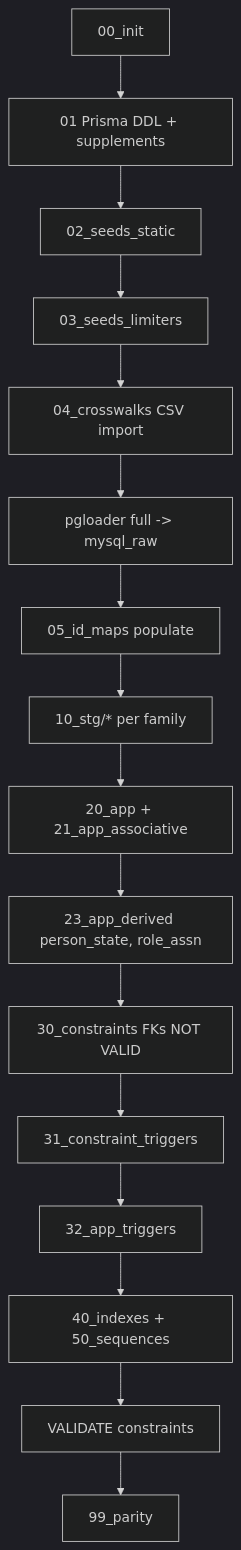
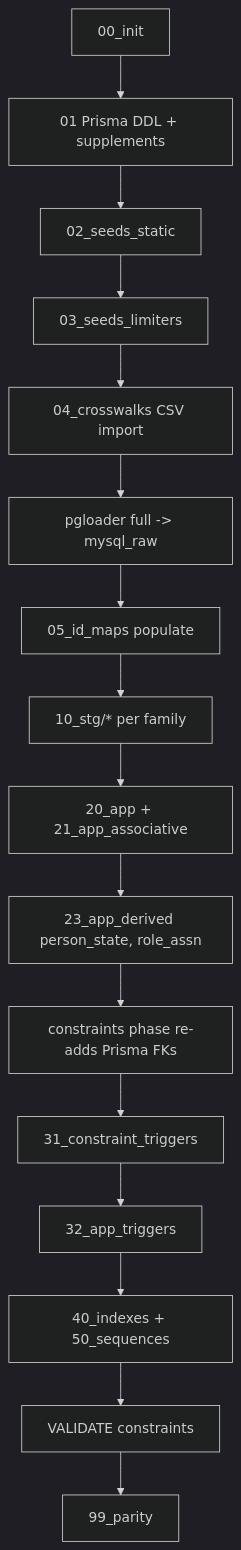
The diagram in data-migration/docs/shared/pipeline-stage-map.adoc (Enterprise-CMCS/demos), drawn with Mermaid (dark theme) before and after one commit. The commit also changed other lines of this file and 169 other files, not shown here.

```diff
--- a/data-migration/docs/shared/pipeline-stage-map.adoc
+++ b/data-migration/docs/shared/pipeline-stage-map.adoc
@@ -30,19 +30,19 @@
 [mermaid]
 ....
 flowchart TD
   A[00_init] --> B[01 Prisma DDL + supplements]
   B --> C[02_seeds_static]
   C --> D[03_seeds_limiters]
   D --> E[04_crosswalks CSV import]
   E --> F[pgloader full -> mysql_raw]
   F --> G[05_id_maps populate]
   G --> H[10_stg/* per family]
   H --> I[20_app + 21_app_associative]
   I --> K[23_app_derived person_state, role_assn]
-  K --> L[30_constraints FKs NOT VALID]
+  K --> L[constraints phase re-adds Prisma FKs]
   L --> M[31_constraint_triggers]
   M --> N[32_app_triggers]
   N --> O[40_indexes + 50_sequences]
   O --> P[VALIDATE constraints]
   P --> Q[99_parity]
 ....
```
